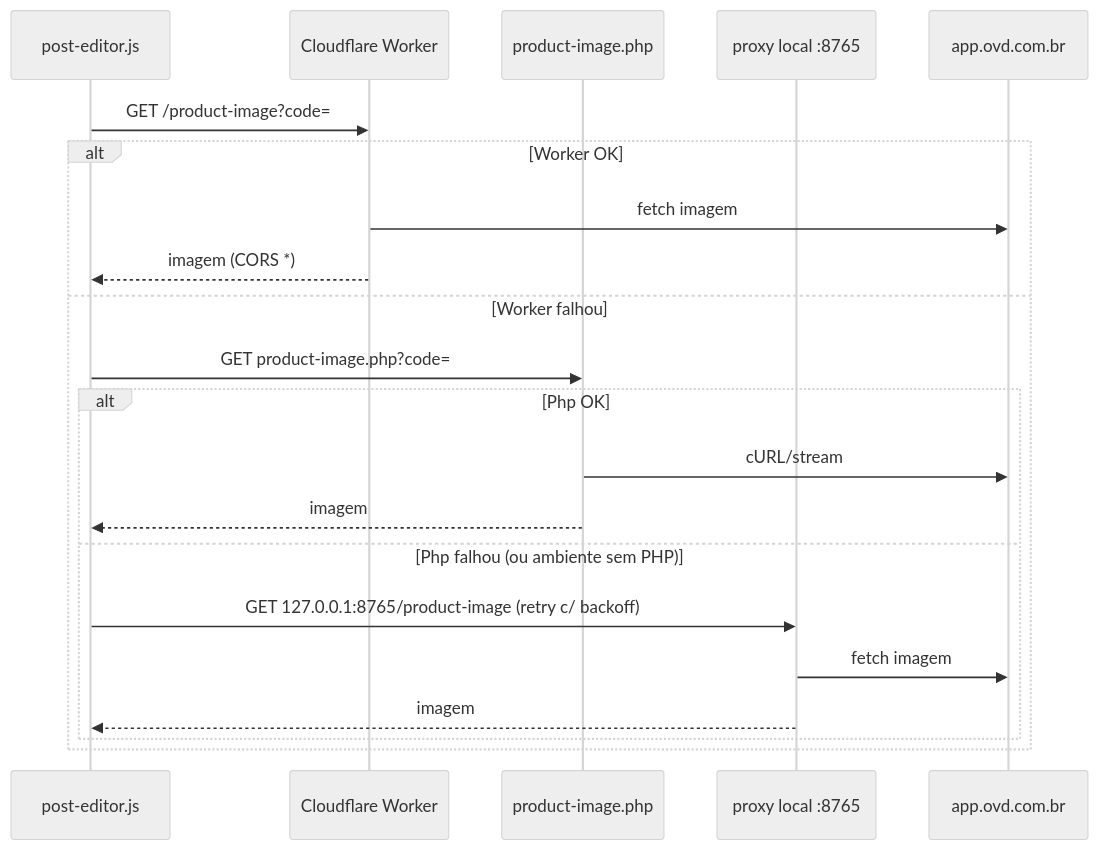
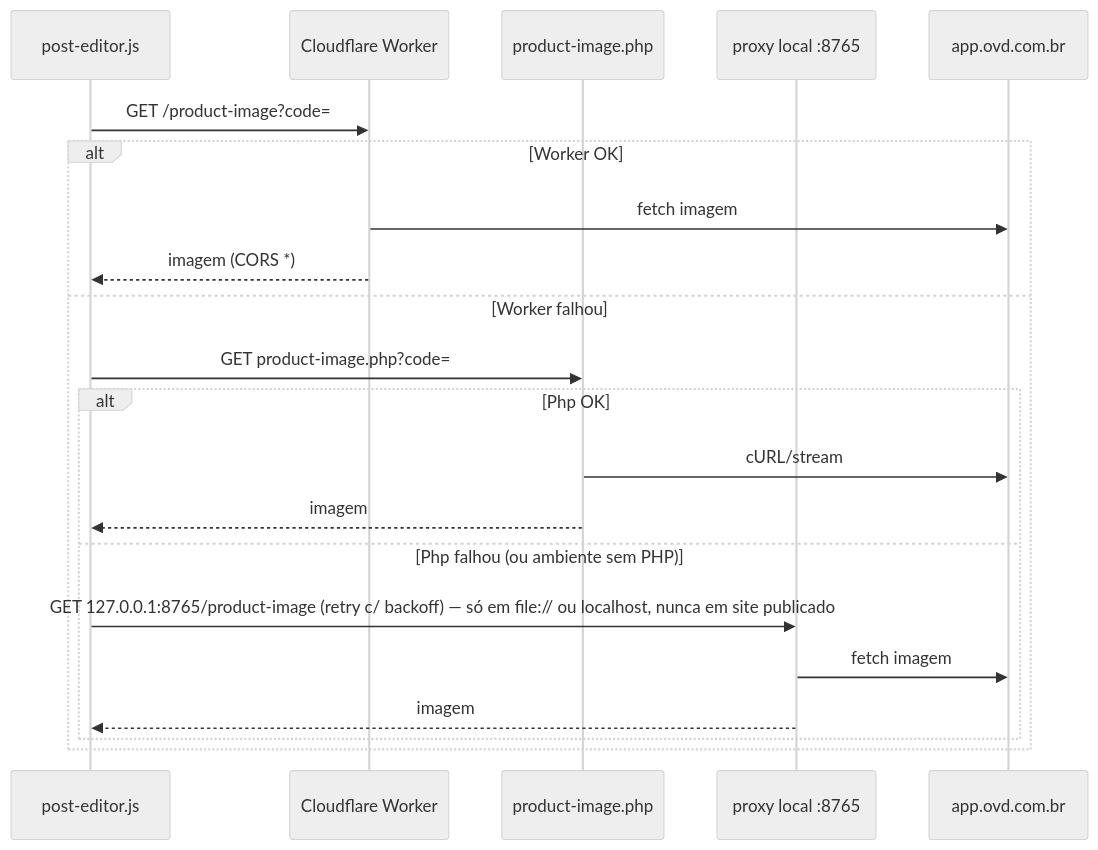
The fourth of 5 diagrams in docs/CODEBASE_MAP.md (vonderferramentas-coder/portalmktovd), drawn with Mermaid (neutral theme) before and after one commit. The commit also changed other lines of this file and 9 other files, not shown here.

````diff
--- a/docs/CODEBASE_MAP.md
+++ b/docs/CODEBASE_MAP.md
@@ -291,24 +291,24 @@
 ```mermaid
 sequenceDiagram
     participant Editor as post-editor.js
     participant Worker as Cloudflare Worker
     participant Php as product-image.php
     participant Local as proxy local :8765
     participant Ovd as app.ovd.com.br
 
     Editor->>Worker: GET /product-image?code=
     alt Worker OK
         Worker->>Ovd: fetch imagem
         Worker-->>Editor: imagem (CORS *)
     else Worker falhou
         Editor->>Php: GET product-image.php?code=
         alt Php OK
             Php->>Ovd: cURL/stream
             Php-->>Editor: imagem
         else Php falhou (ou ambiente sem PHP)
-            Editor->>Local: GET 127.0.0.1:8765/product-image (retry c/ backoff)
+            Editor->>Local: GET 127.0.0.1:8765/product-image (retry c/ backoff) — só em file:// ou localhost, nunca em site publicado
             Local->>Ovd: fetch imagem
             Local-->>Editor: imagem
         end
     end
 ```
````
